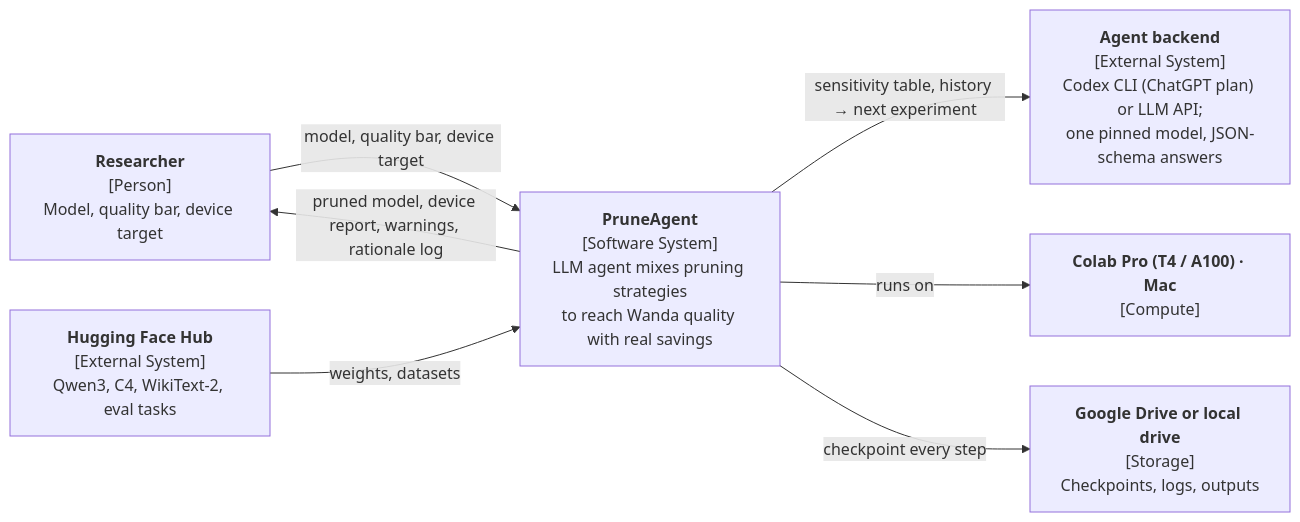
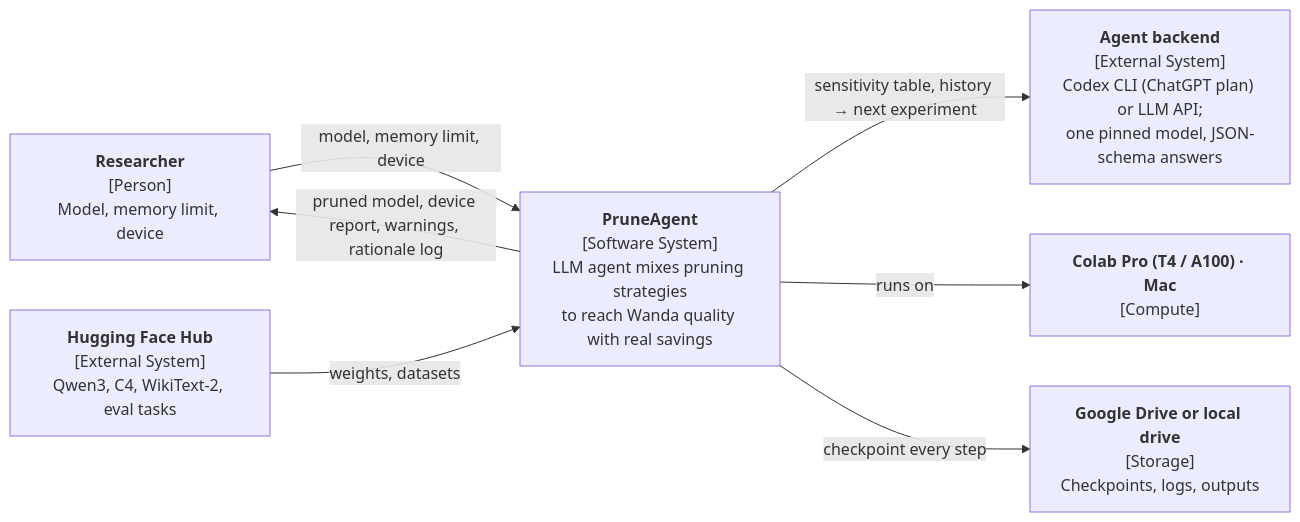
One commit to stephxu96/pruneagent changed the first of 4 diagrams in ARCHITECTURE.md. Above: the diagram before and after it, drawn with Mermaid. The commit also changed other lines of this file, not shown here.

Commit message:
Architecture v0.7: memory limit is a required input, goal is most quality within it; FLAP and Wanda-sp compared at the same memory limit; Baseline: Wanda-50% as reference with no allowance for now

````diff
--- a/ARCHITECTURE.md
+++ b/ARCHITECTURE.md
@@ -159,16 +161,16 @@
 ```mermaid
 flowchart LR
-    U["<b>Researcher</b><br/>[Person]<br/>Model, quality bar, device target"]
+    U["<b>Researcher</b><br/>[Person]<br/>Model, memory limit, device"]
     S["<b>PruneAgent</b><br/>[Software System]<br/>LLM agent mixes pruning strategies<br/>to reach Wanda quality with real savings"]
     L["<b>Agent backend</b><br/>[External System]<br/>Codex CLI (ChatGPT plan) or LLM API;<br/>one pinned model, JSON-schema answers"]
     H["<b>Hugging Face Hub</b><br/>[External System]<br/>Qwen3, C4, WikiText-2, eval tasks"]
     C["<b>Colab Pro (T4 / A100) · Mac</b><br/>[Compute]"]
     D["<b>Google Drive or local drive</b><br/>[Storage]<br/>Checkpoints, logs, outputs"]
 
-    U -- "model, quality bar, device target" --> S
+    U -- "model, memory limit, device" --> S
     S -- "pruned model, device report, warnings, rationale log" --> U
     S -- "sensitivity table, history → next experiment" --> L
     H -- "weights, datasets" --> S
     S -- "runs on" --> C
     S -- "checkpoint every step" --> D
 ```
````
